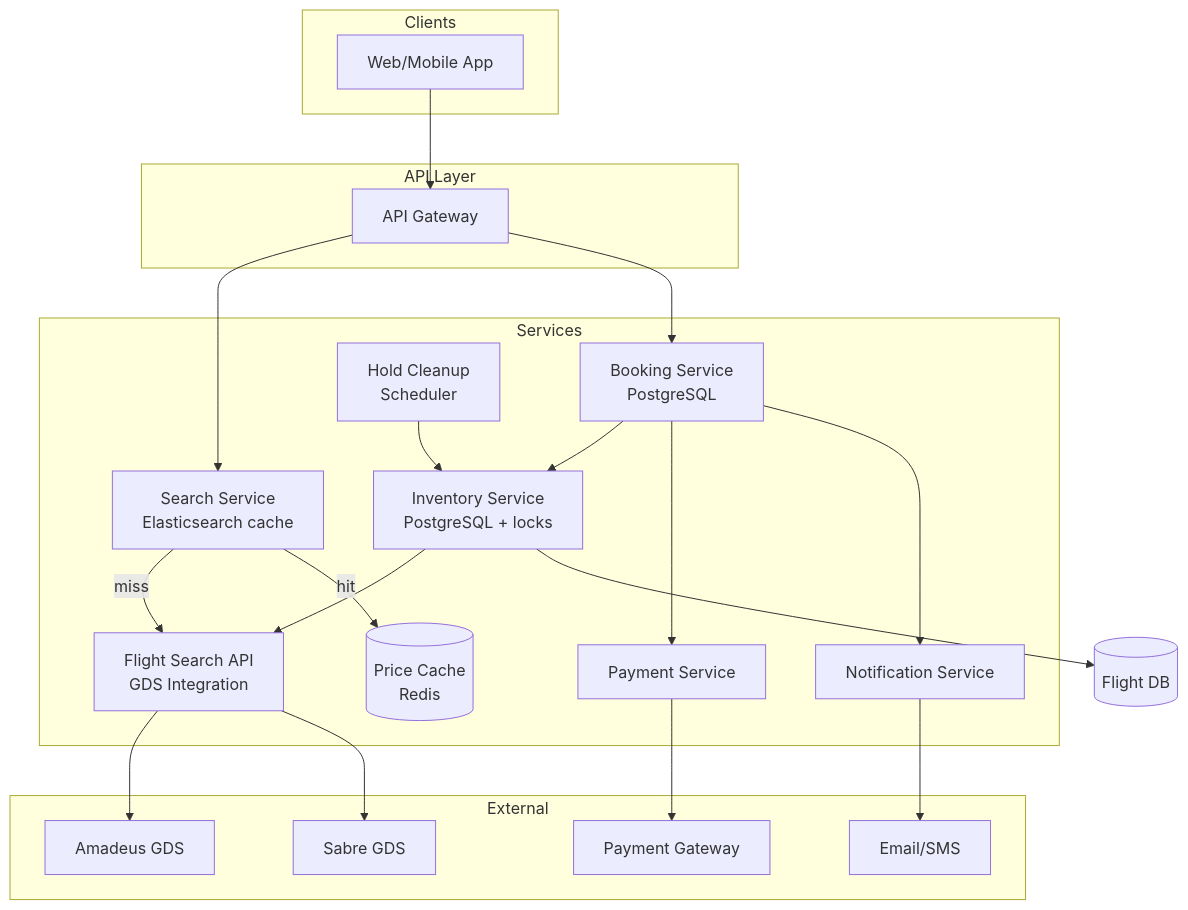
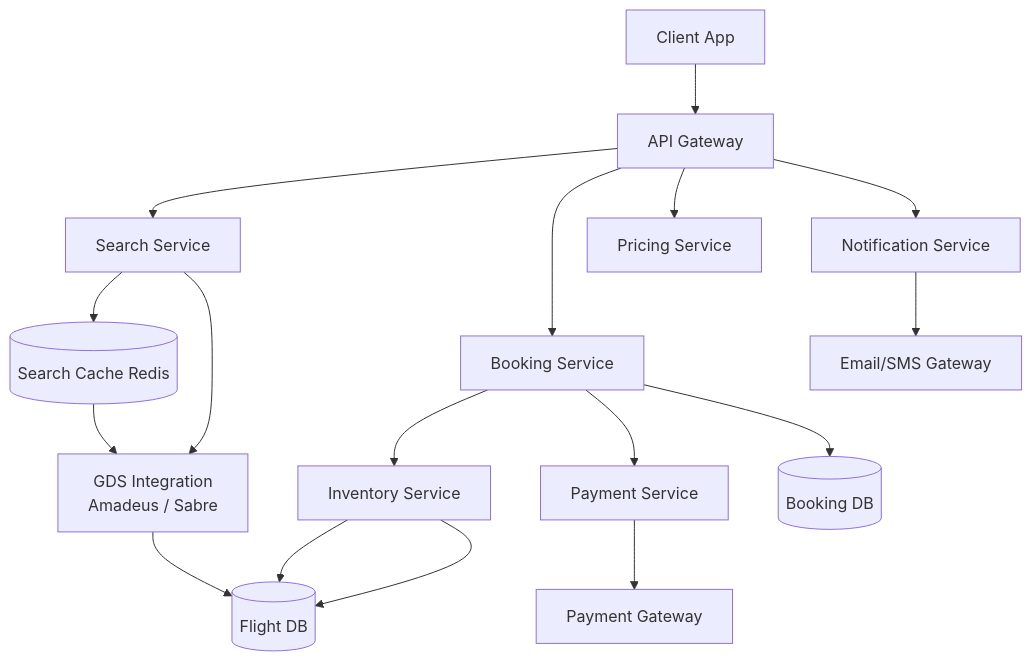
One commit to abhishekghoshh/system-design-helper changed the first of 13 diagrams in docs/system-design/high-level/designing/advanced/flight-booking.md. Above: the diagram before and after it, drawn with Mermaid. The commit also changed other lines of this file and 107 other files, not shown here.

````diff
--- a/docs/system-design/high-level/designing/advanced/flight-booking.md
+++ b/docs/system-design/high-level/designing/advanced/flight-booking.md
@@ -341,40 +52,19 @@
 ```mermaid
 graph TD
-  subgraph "Clients"
-    Web[Web/Mobile App]
-  end
-  subgraph "API Layer"
-    APIGW[API Gateway]
-  end
-  subgraph "Services"
-    SearchSvc[Search Service<br/>Elasticsearch cache]
-    FlightAPI[Flight Search API<br/>GDS Integration]
-    PriceCache[(Price Cache<br/>Redis)]
-    InventorySvc[Inventory Service<br/>PostgreSQL + locks]
-    BookingSvc[Booking Service<br/>PostgreSQL]
-    PaymentSvc[Payment Service]
-    NotifySvc[Notification Service]
-    HoldTimer[Hold Cleanup<br/>Scheduler]
-  end
-  subgraph "External"
-    Amadeus[Amadeus GDS]
-    Sabre[Sabre GDS]
-    Stripe[Payment Gateway]
-    EmailSvc[Email/SMS]
-  end
-  Web --> APIGW
-  APIGW --> SearchSvc
-  APIGW --> BookingSvc
-  SearchSvc -->|miss| FlightAPI
-  SearchSvc -->|hit| PriceCache
-  FlightAPI --> Amadeus
-  FlightAPI --> Sabre
-  InventorySvc --> FlightAPI
-  BookingSvc --> InventorySvc
-  InventorySvc --> DB[(Flight DB)]
-  BookingSvc --> PaymentSvc
-  PaymentSvc --> Stripe
-  BookingSvc --> NotifySvc
-  NotifySvc --> EmailSvc
-  HoldTimer --> InventorySvc
+    Client[Client App] --> API[API Gateway]
+    API --> SearchSvc[Search Service]
+    API --> BookingSvc[Booking Service]
+    API --> PriceSvc[Pricing Service]
+    API --> NotifSvc[Notification Service]
+    SearchSvc --> Cache[(Search Cache Redis)]
+    SearchSvc --> GDS[GDS Integration<br/>Amadeus / Sabre]
+    BookingSvc --> InvSvc[Inventory Service]
+    BookingSvc --> PaySvc[Payment Service]
+    BookingSvc --> BookingDB[(Booking DB)]
+    InvSvc --> FlightDB[(Flight DB)]
+    PaySvc --> Stripe[Payment Gateway]
+    NotifSvc --> Email[Email/SMS Gateway]
+    Cache --> GDS
+    GDS --> FlightDB
+    InvSvc --> FlightDB
 ```
````
